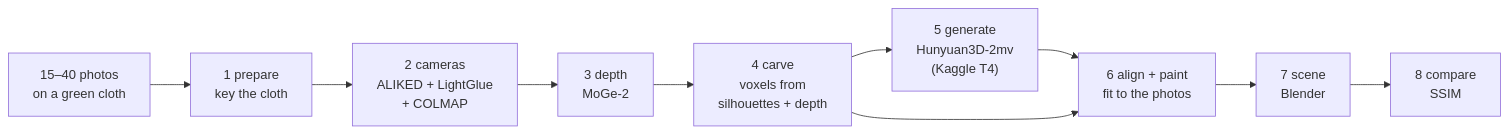
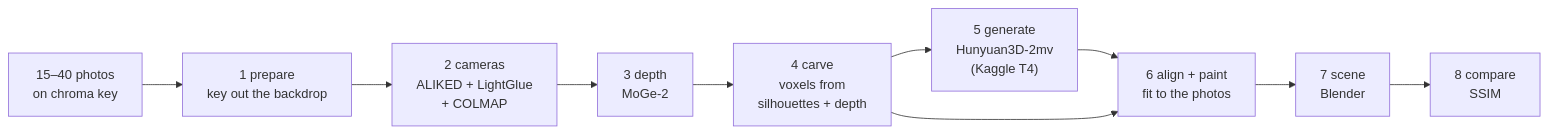
Before and after one commit to escudero/twinlens: the diagram in README.md, drawn with Mermaid. The commit also changed other lines of this file and 2 other files, not shown here.

Commit message:
README: say chroma key instead of green cloth

````diff
--- a/README.md
+++ b/README.md
@@ -35,12 +35,12 @@
 ```mermaid
 flowchart LR
-    P["15–40 photos<br/>on a green cloth"] --> K["1 prepare<br/>key the cloth"]
+    P["15–40 photos<br/>on chroma key"] --> K["1 prepare<br/>key out the backdrop"]
     K --> C["2 cameras<br/>ALIKED + LightGlue<br/>+ COLMAP"]
     C --> D["3 depth<br/>MoGe-2"]
     D --> V["4 carve<br/>voxels from<br/>silhouettes + depth"]
     V --> G["5 generate<br/>Hunyuan3D-2mv<br/>(Kaggle T4)"]
     G --> A["6 align + paint<br/>fit to the photos"]
     V --> A
     A --> S["7 scene<br/>Blender"]
     S --> X["8 compare<br/>SSIM"]
 ```
````
